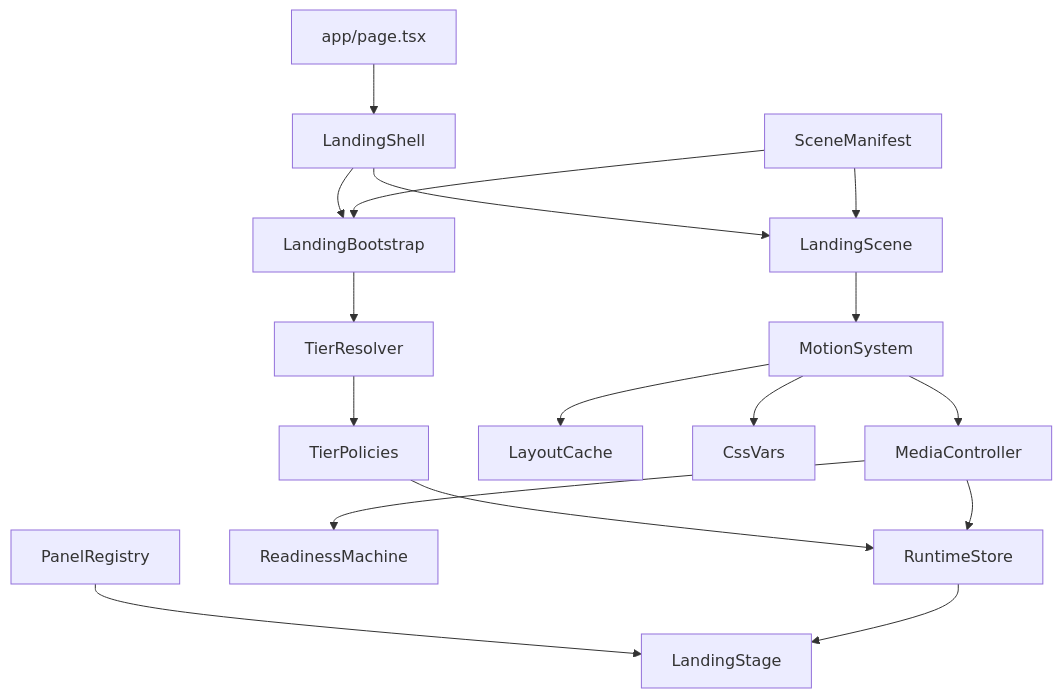
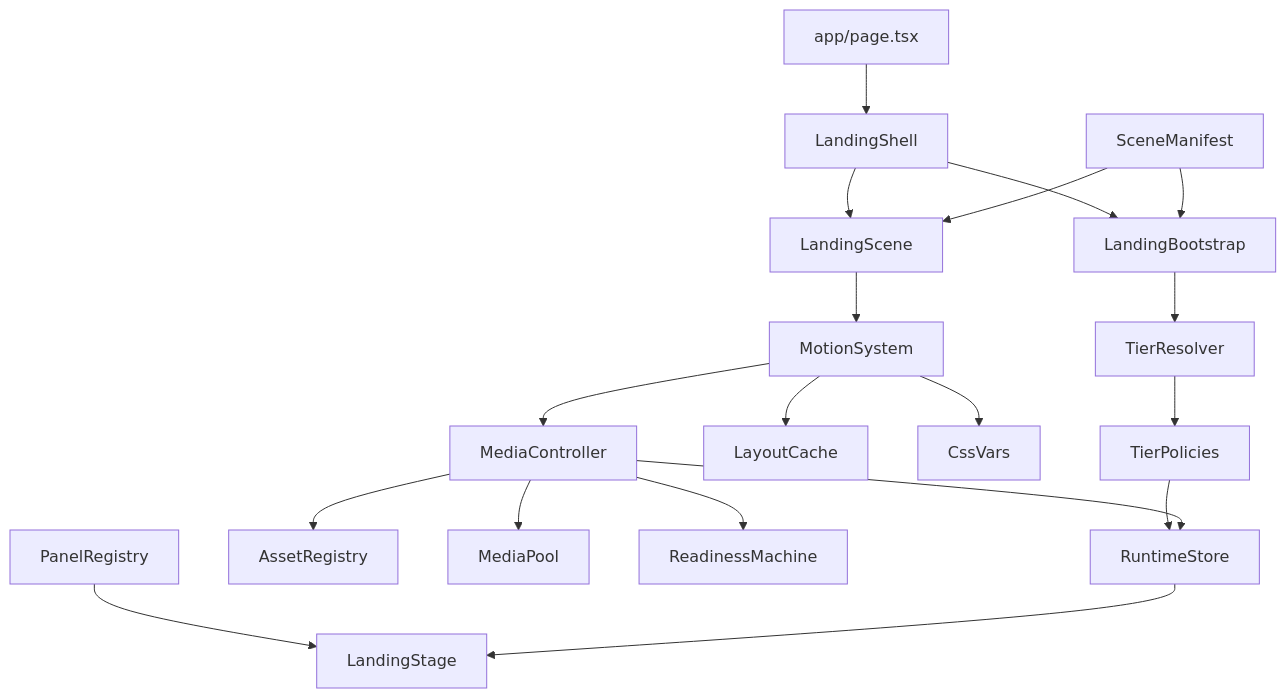
One commit to reqiii/wedding-landing changed the first of 3 diagrams in ARCHITECTURE_OVERVIEW.md. Above: the diagram before and after it, drawn with Mermaid. The commit also changed other lines of this file and 11 other files, not shown here.

````diff
--- a/ARCHITECTURE_OVERVIEW.md
+++ b/ARCHITECTURE_OVERVIEW.md
@@ -89,19 +95,21 @@
 ```mermaid
 flowchart TD
   AppPage["app/page.tsx"] --> LandingShell
   LandingShell --> LandingBootstrap
   LandingBootstrap --> TierResolver
   TierResolver --> TierPolicies
   TierPolicies --> RuntimeStore
   LandingShell --> LandingScene
   LandingScene --> MotionSystem
   MotionSystem --> LayoutCache
   MotionSystem --> CssVars
   MotionSystem --> MediaController
+  MediaController --> AssetRegistry
+  MediaController --> MediaPool
   MediaController --> ReadinessMachine
   MediaController --> RuntimeStore
   SceneManifest --> LandingBootstrap
   SceneManifest --> LandingScene
   PanelRegistry --> LandingStage
   RuntimeStore --> LandingStage
 ```
````
